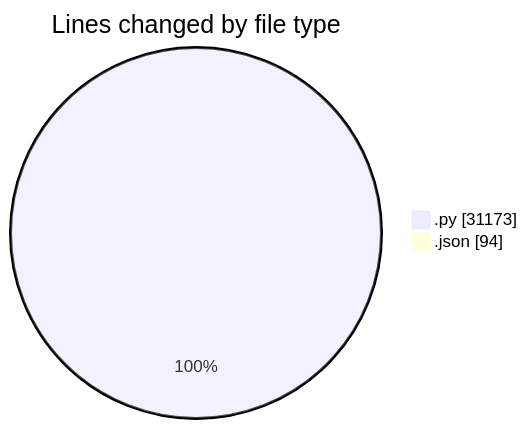
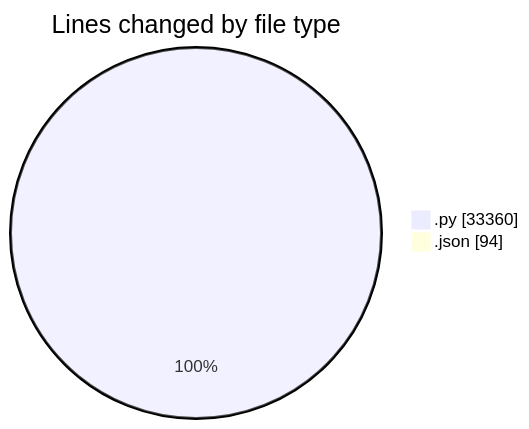
One commit to jrari/code-tracking changed the first of 2 diagrams in 2025-07-14/telebot/README.md. Above: the diagram before and after it, drawn with Mermaid. The commit also changed other lines of this file and 1 other file, not shown here.

````diff
--- a/2025-07-14/telebot/README.md
+++ b/2025-07-14/telebot/README.md
@@ -55,6 +56,6 @@
 ```mermaid
 pie showData
 title Lines changed by file type
-".py" : 31173
+".py" : 33360
 ".json" : 94
 ```
````
